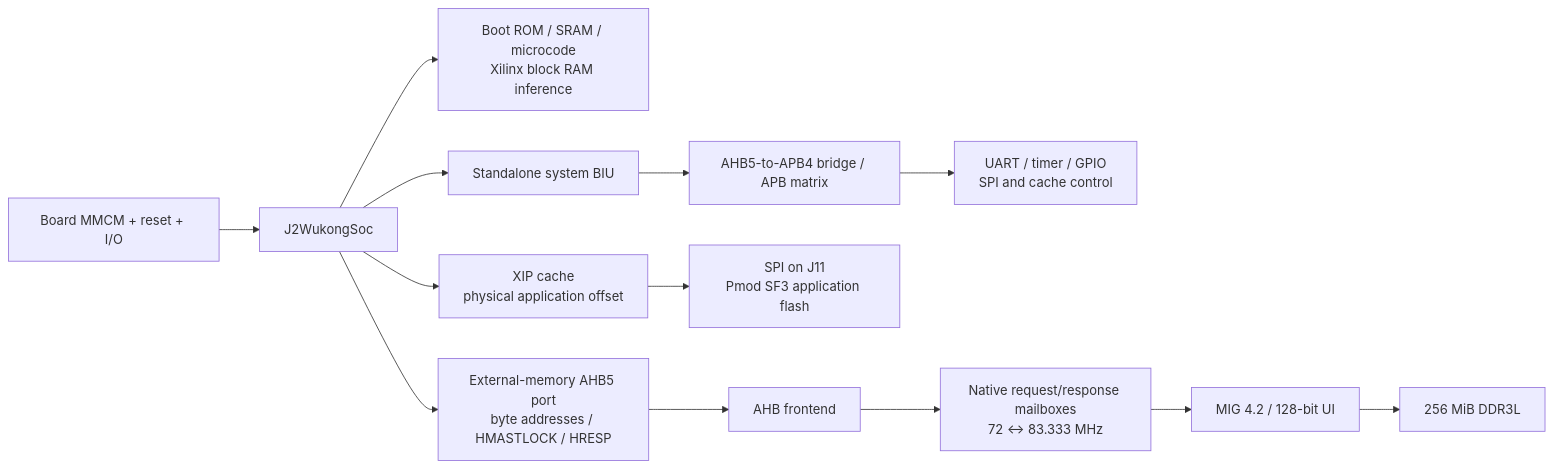
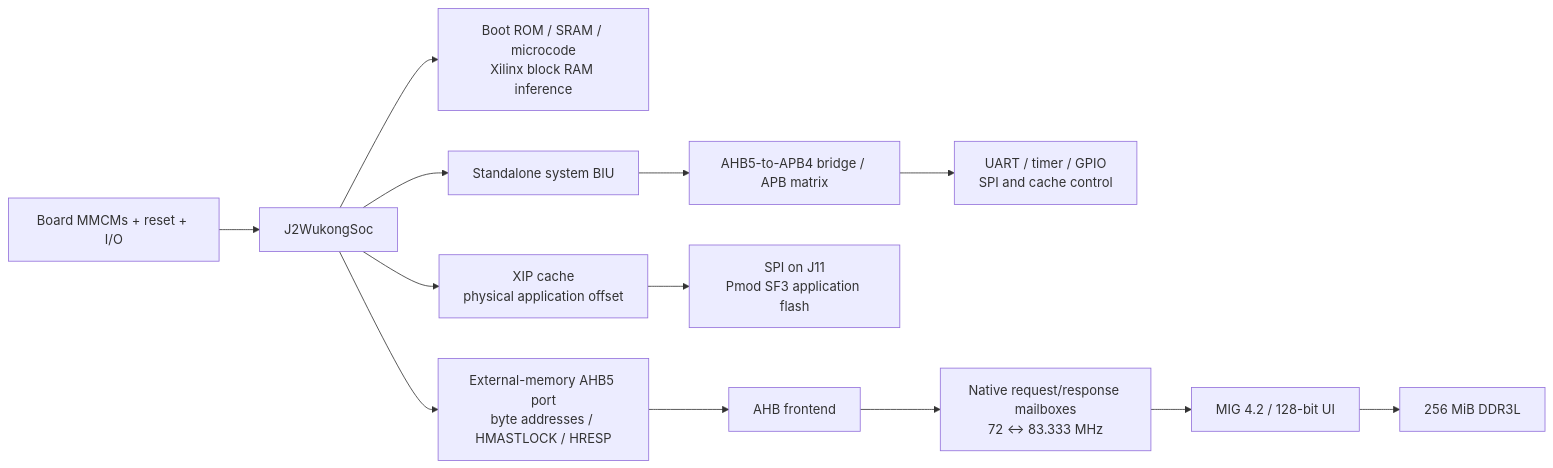
One commit to PreviousVOD/VexJ2 changed the diagram in docs/wukong-v1.md. Above: the diagram before and after it, drawn with Mermaid. The commit also changed other lines of this file and 45 other files, not shown here.

````diff
--- a/docs/wukong-v1.md
+++ b/docs/wukong-v1.md
@@ -97,15 +104,15 @@
 ```mermaid
 flowchart LR
-  P["Board MMCM + reset + I/O"] --> S["J2WukongSoc"]
+  P["Board MMCMs + reset + I/O"] --> S["J2WukongSoc"]
   S --> R["Boot ROM / SRAM / microcode<br/>Xilinx block RAM inference"]
   S --> BIU["Standalone system BIU"]
   BIU --> APB["AHB5-to-APB4 bridge / APB matrix"]
   APB --> U["UART / timer / GPIO<br/>SPI and cache control"]
   S --> C["XIP cache<br/>physical application offset"]
   C --> F["SPI on J11<br/>Pmod SF3 application flash"]
   S --> B["External-memory AHB5 port<br/>byte addresses / HMASTLOCK / HRESP"]
   B --> FRONT["AHB frontend"]
   FRONT --> E["Native request/response mailboxes<br/>72 ↔ 83.333 MHz"]
   E --> M["MIG 4.2 / 128-bit UI"]
   M --> D["256 MiB DDR3L"]
 ```
````
